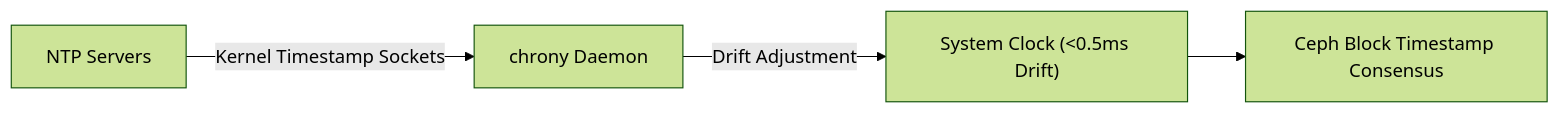
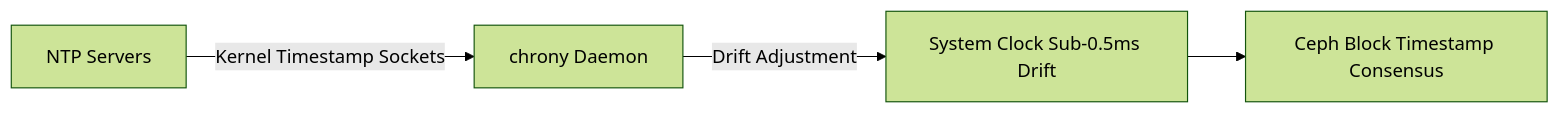
One commit to seang454/nfs-cluster changed the tenth of 14 diagrams in nfs-cluster/HA-NFS-Ceph-Architecture-Guide.md. Above: the diagram before and after it, drawn with Mermaid (forest theme). The commit also changed other lines of this file, not shown here.

````diff
--- a/nfs-cluster/HA-NFS-Ceph-Architecture-Guide.md
+++ b/nfs-cluster/HA-NFS-Ceph-Architecture-Guide.md
@@ -279,6 +343,6 @@
 ```mermaid
 flowchart LR
-    NTP["NTP Servers"] -->|Kernel Timestamp Sockets| Chrony["chrony Daemon"]
-    Chrony -->|Drift Adjustment| Clock["System Clock (<0.5ms Drift)"]
+    NTP["NTP Servers"] -->|"Kernel Timestamp Sockets"| Chrony["chrony Daemon"]
+    Chrony -->|"Drift Adjustment"| Clock["System Clock Sub-0.5ms Drift"]
     Clock --> CephConsensus["Ceph Block Timestamp Consensus"]
 ```
````
